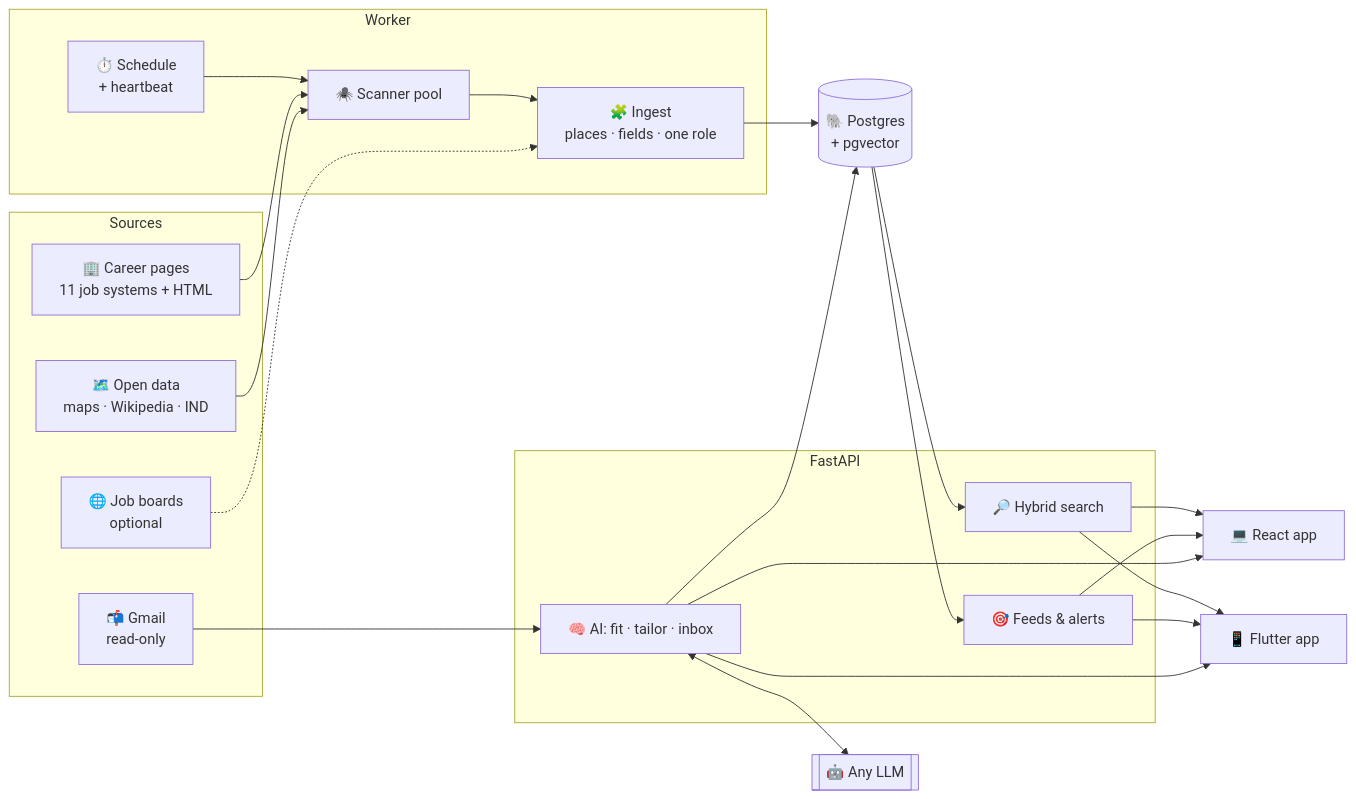
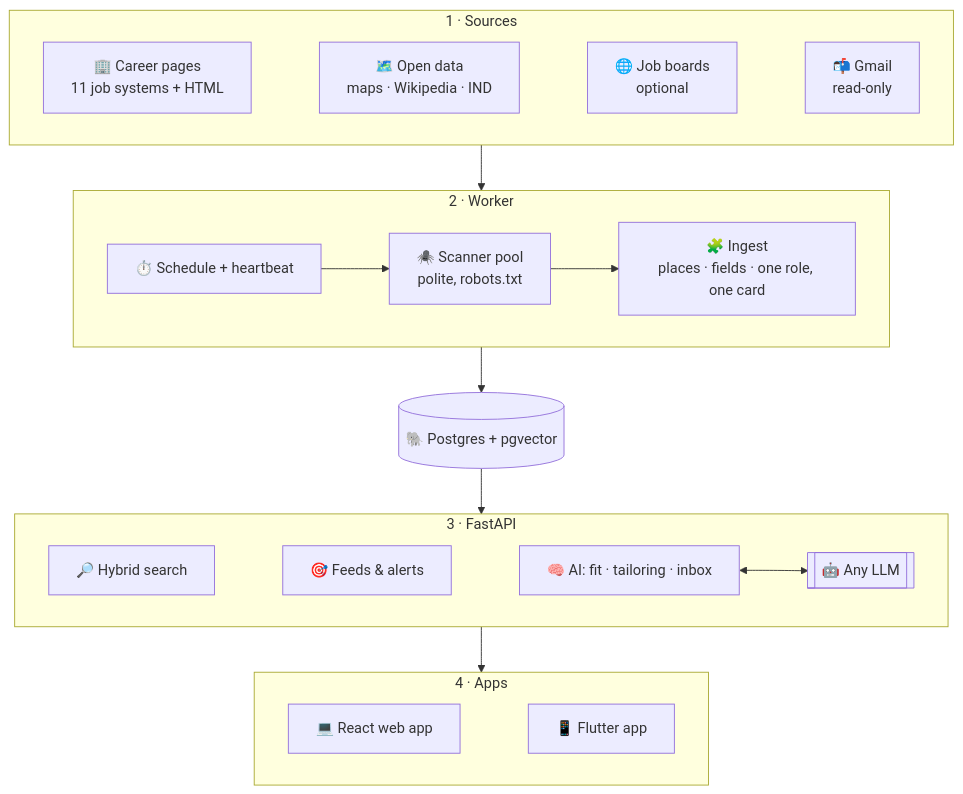
One commit to emelian-chkaira/ai-career-tracker changed the first of 2 diagrams in README.md. Above: the diagram before and after it, drawn with Mermaid. The commit also changed other lines of this file, not shown here.

Commit message:
README: layered architecture diagram, table headers

````diff
--- a/README.md
+++ b/README.md
@@ -85,27 +85,30 @@
 ```mermaid
-flowchart LR
-  subgraph SRC[" Sources "]
+flowchart TB
+  subgraph SRC[" 1 · Sources "]
+    direction LR
     A["🏢 Career pages<br/>11 job systems + HTML"]
     B["🗺️ Open data<br/>maps · Wikipedia · IND"]
     C["🌐 Job boards<br/>optional"]
     D["📬 Gmail<br/>read-only"]
+    A ~~~ B ~~~ C ~~~ D
   end
-  subgraph WRK[" Worker "]
-    E["⏱️ Schedule<br/>+ heartbeat"] --> F["🕷️ Scanner pool"] --> G["🧩 Ingest<br/>places · fields · one role"]
+  subgraph WRK[" 2 · Worker "]
+    direction LR
+    E["⏱️ Schedule + heartbeat"] --> F["🕷️ Scanner pool<br/>polite, robots.txt"] --> G["🧩 Ingest<br/>places · fields · one role, one card"]
   end
-  H[("🐘 Postgres<br/>+ pgvector")]
-  subgraph API[" FastAPI "]
+  H[("🐘 Postgres + pgvector")]
+  subgraph API[" 3 · FastAPI "]
+    direction LR
     I["🔎 Hybrid search"]
     J["🎯 Feeds & alerts"]
-    K["🧠 AI: fit · tailor · inbox"]
+    K["🧠 AI: fit · tailoring · inbox"] <--> L[["🤖 Any LLM"]]
+    I ~~~ J ~~~ K
   end
-  L[["🤖 Any LLM"]]
-  M["💻 React app"]
-  N["📱 Flutter app"]
-  A & B --> F
-  C -.-> G
-  G --> H --> I & J
-  D --> K <--> L
-  K --> H
-  I & J & K --> M & N
+  subgraph UI[" 4 · Apps "]
+    direction LR
+    M["💻 React web app"]
+    N["📱 Flutter app"]
+    M ~~~ N
+  end
+  SRC --> WRK --> H --> API --> UI
 ```
````
